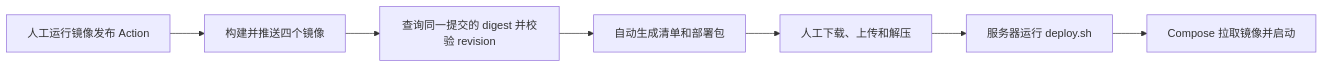
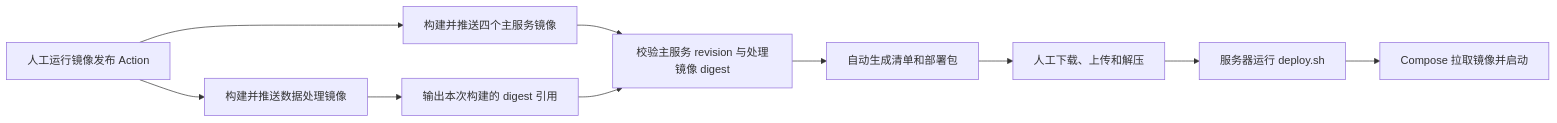
One commit to ArcheCausal/CausalAgent changed the second of 2 diagrams in Document/development/deployment.md. Above: the diagram before and after it, drawn with Mermaid. The commit also changed other lines of this file and 5 other files, not shown here.

````diff
--- a/Document/development/deployment.md
+++ b/Document/development/deployment.md
@@ -288,9 +288,12 @@
 ```mermaid
 flowchart LR
-    A[人工运行镜像发布 Action] --> B[构建并推送四个镜像]
-    B --> C[查询同一提交的 digest 并校验 revision]
+    A[人工运行镜像发布 Action] --> B[构建并推送四个主服务镜像]
+    A --> P[构建并推送数据处理镜像]
+    P --> Q[输出本次构建的 digest 引用]
+    B --> C[校验主服务 revision 与处理镜像 digest]
+    Q --> C
     C --> D[自动生成清单和部署包]
     D --> E[人工下载、上传和解压]
     E --> F[服务器运行 deploy.sh]
     F --> G[Compose 拉取镜像并启动]
 ```
````
